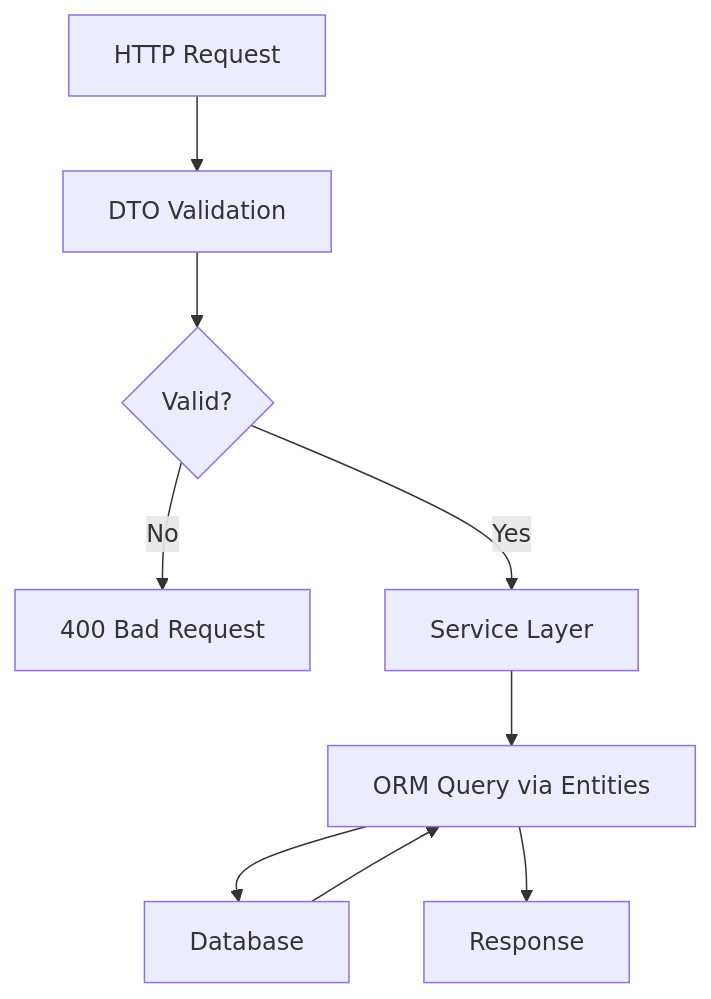
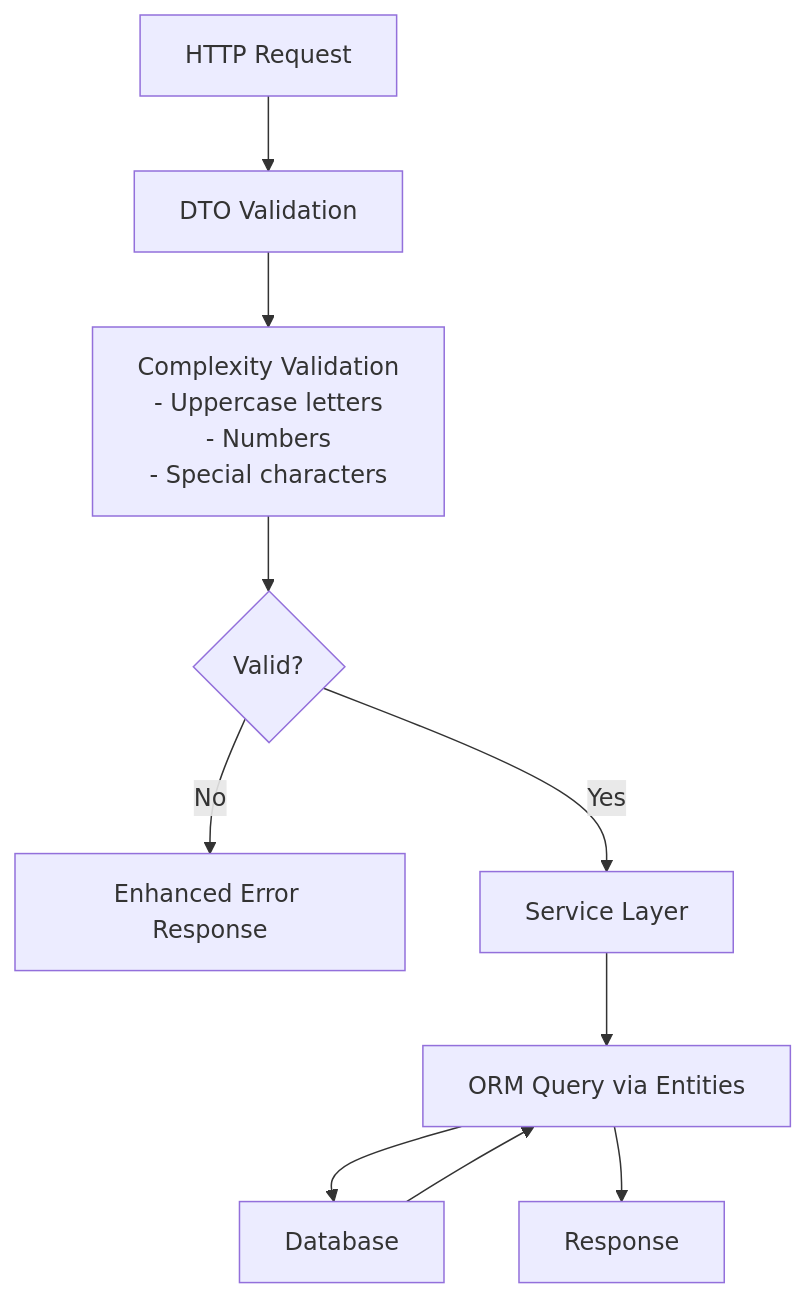
The fourth of 8 diagrams in .qoder/repowiki/en/content/Authentication & Authorization/Security Measures.md (franckylab/eLISAschool), drawn with Mermaid before and after one commit. The commit also changed other lines of this file and 155 other files, not shown here.

````diff
--- a/.qoder/repowiki/en/content/Authentication & Authorization/Security Measures.md
+++ b/.qoder/repowiki/en/content/Authentication & Authorization/Security Measures.md
@@ -231,11 +246,12 @@
 ```mermaid
 flowchart TD
 Req["HTTP Request"] --> DTO["DTO Validation"]
-DTO --> Valid{"Valid?"}
-Valid --> |No| ErrResp["400 Bad Request"]
+DTO --> Complex["Complexity Validation<br/>- Uppercase letters<br/>- Numbers<br/>- Special characters"]
+Complex --> Valid{"Valid?"}
+Valid --> |No| ErrResp["Enhanced Error Response"]
 Valid --> |Yes| Service["Service Layer"]
 Service --> ORM["ORM Query via Entities"]
 ORM --> DB["Database"]
 DB --> ORM
 ORM --> Resp["Response"]
 ```
````
